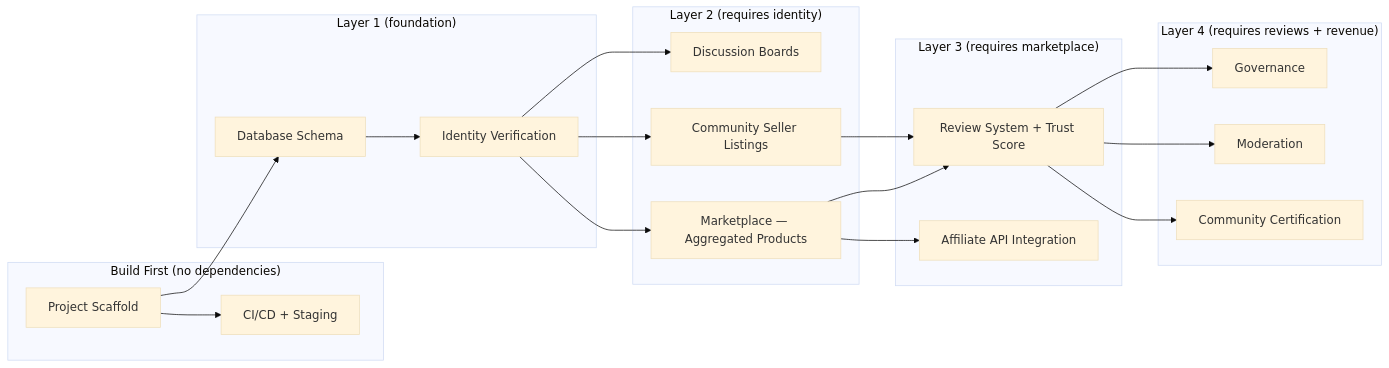
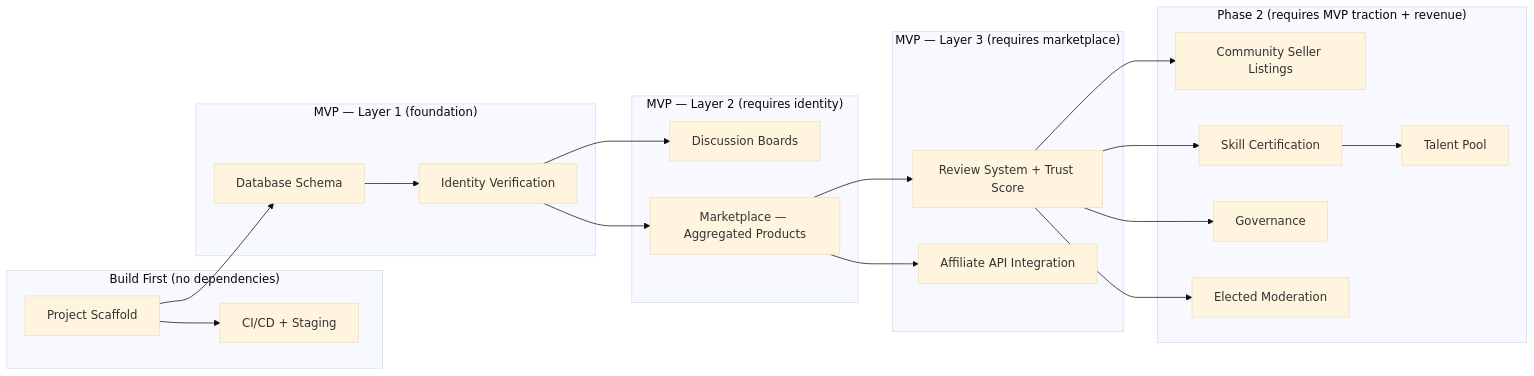
The third of 4 diagrams in docs/diagrams.md (thecounterweight/platform), drawn with Mermaid (base theme) before and after one commit.

Commit message:
Update module dependencies diagram to reflect MVP vs phase 2 split

````diff
--- a/docs/diagrams.md
+++ b/docs/diagrams.md
@@ -46,42 +46,43 @@
 ```mermaid
 flowchart LR
     subgraph "Build First (no dependencies)"
         SCAFFOLD[Project Scaffold]
         INFRA[CI/CD + Staging]
     end
 
-    subgraph "Layer 1 (foundation)"
+    subgraph "MVP — Layer 1 (foundation)"
         IDENTITY[Identity Verification]
         DB[Database Schema]
     end
 
-    subgraph "Layer 2 (requires identity)"
+    subgraph "MVP — Layer 2 (requires identity)"
         DISCUSSION[Discussion Boards]
         MARKETPLACE[Marketplace — Aggregated Products]
-        SELLERS[Community Seller Listings]
     end
 
-    subgraph "Layer 3 (requires marketplace)"
+    subgraph "MVP — Layer 3 (requires marketplace)"
         REVIEWS[Review System + Trust Score]
         AFFILIATE[Affiliate API Integration]
     end
 
-    subgraph "Layer 4 (requires reviews + revenue)"
+    subgraph "Phase 2 (requires MVP traction + revenue)"
+        SELLERS[Community Seller Listings]
+        CERTIFICATION[Skill Certification]
+        TALENT[Talent Pool]
         GOVERNANCE[Governance]
-        MODERATION[Moderation]
-        CERTIFICATION[Community Certification]
+        MODERATION[Elected Moderation]
     end
 
     SCAFFOLD --> DB
     SCAFFOLD --> INFRA
     DB --> IDENTITY
     IDENTITY --> DISCUSSION
     IDENTITY --> MARKETPLACE
-    IDENTITY --> SELLERS
     MARKETPLACE --> REVIEWS
     MARKETPLACE --> AFFILIATE
-    SELLERS --> REVIEWS
+    REVIEWS --> SELLERS
+    REVIEWS --> CERTIFICATION
+    CERTIFICATION --> TALENT
     REVIEWS --> GOVERNANCE
     REVIEWS --> MODERATION
-    REVIEWS --> CERTIFICATION
 ```
````
